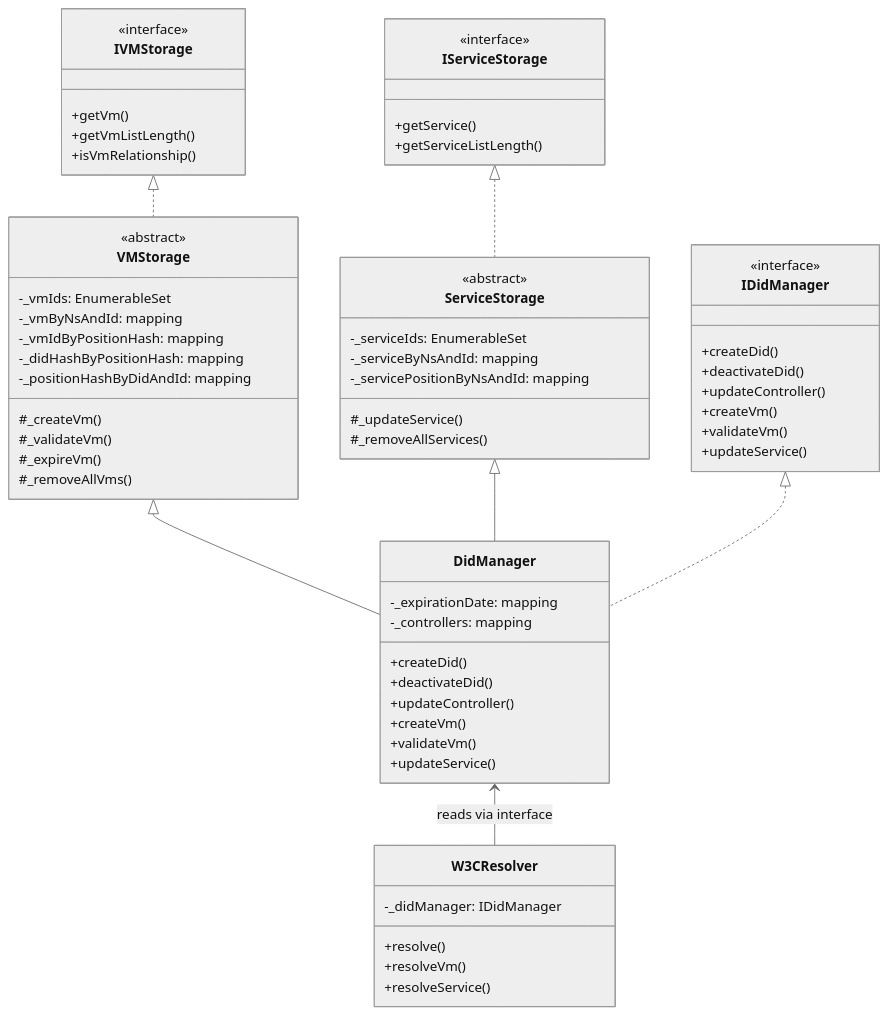
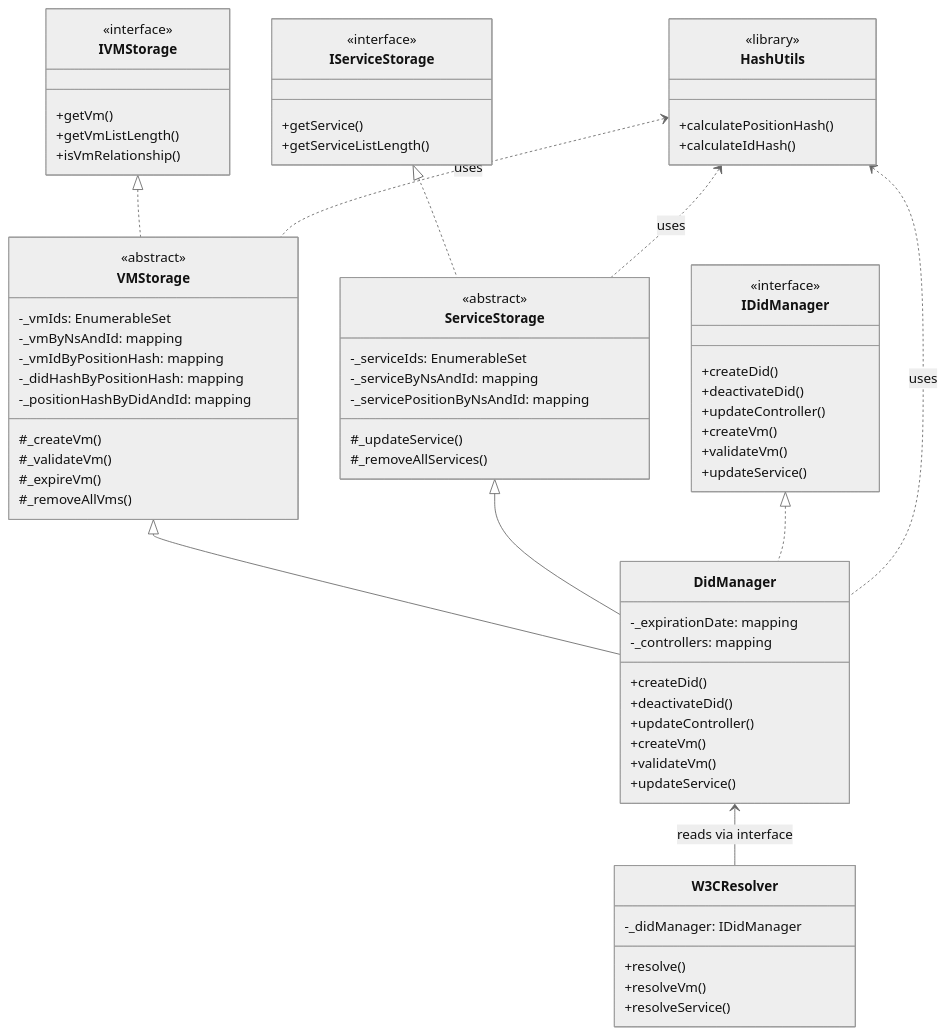
Before and after one commit to MiguelLZPF/SSIoBC-did: the first of 10 diagrams in PROJECT.md, drawn with Mermaid (neutral theme). The commit also changed other lines of this file and 12 other files, not shown here.

First line of the commit message:
perf(did): optimize DidManager bytecode size -20.2% (v1.1.0)

````diff
--- a/PROJECT.md
+++ b/PROJECT.md
@@ -138,10 +138,19 @@
         +resolveService()
     }
 
+    class HashUtils {
+        <<library>>
+        +calculatePositionHash()
+        +calculateIdHash()
+    }
+
     IVMStorage <|.. VMStorage
     IServiceStorage <|.. ServiceStorage
     VMStorage <|-- DidManager
     ServiceStorage <|-- DidManager
     IDidManager <|.. DidManager
     DidManager <-- W3CResolver : reads via interface
+    HashUtils <.. VMStorage : uses
+    HashUtils <.. ServiceStorage : uses
+    HashUtils <.. DidManager : uses
 ```
````
